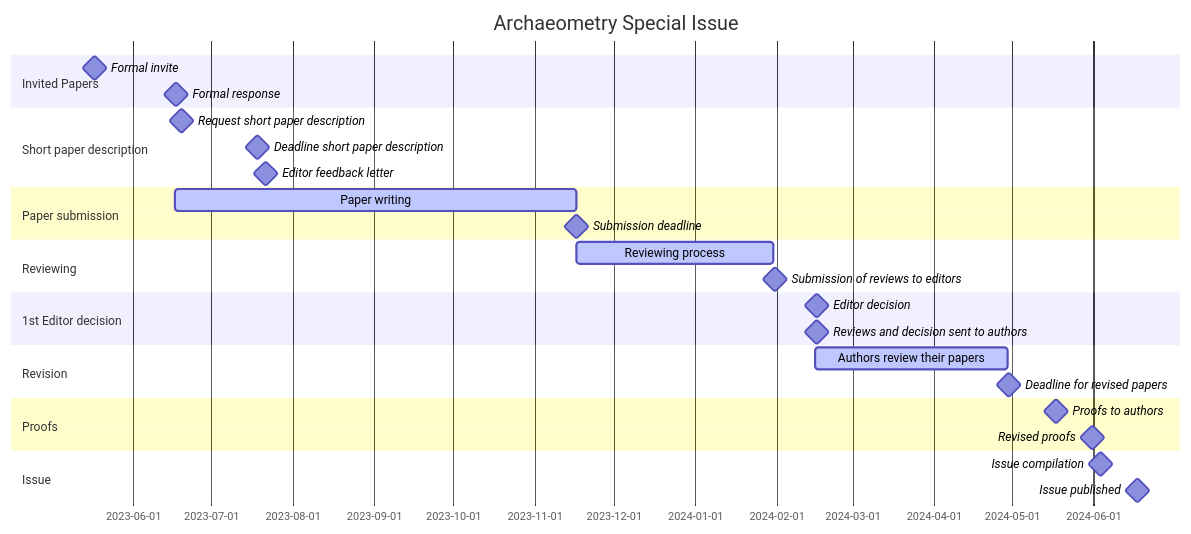
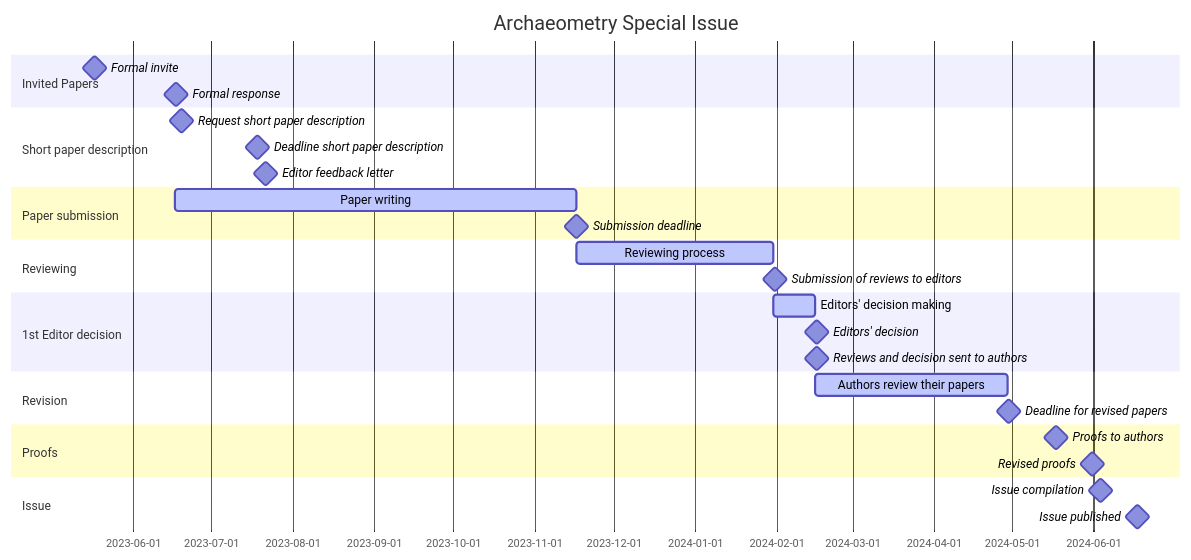
One commit to historical-time/archaeometry-si changed the diagram in README.md. Above: the diagram before and after it, drawn with Mermaid.

````diff
--- a/README.md
+++ b/README.md
@@ -19,31 +19,32 @@
 ```mermaid
 gantt
     title Archaeometry Special Issue
     dateFormat  YYYY-MM-DD
     section Invited Papers
     Formal invite                    : milestone, m0, 2023-05-17, 1d
     Formal response                  : milestone, m0, 2023-06-17, 1d
     section Short paper description
     Request short paper description  : milestone, m0, 2023-06-19, 1d
     Deadline short paper description : milestone, m0, 2023-07-18, 1d
     Editor feedback letter           : milestone, m1, 2023-07-21, 1d
     section Paper submission
     Paper writing                    : active, a0, 2023-06-17, 2023-11-17
     Submission deadline              : milestone, m9, 2023-11-17, 1d %% Soft deadline
     %% Hard deadline                 : milestone, m9, 2023-11-30, 1d %% Hard deadline
     section Reviewing
     Reviewing process                  : active, a1, 2023-11-17, 2024-01-31
     Submission of reviews to editors   : milestone, m1, 2024-01-31, 1d
     section 1st Editor decision
-    Editor decision                     : milestone, m2, 2024-02-16, 1d
+    Editors' decision making              : active, a1, 2024-01-31, 2024-02-16
+    Editors' decision                     : milestone, m2, 2024-02-16, 1d
     Reviews and decision sent to authors: milestone, m2, 2024-02-16, 1d
     section Revision
     Authors review their papers       : active, a1, 2024-02-16, 2024-04-29
     Deadline for revised papers       : milestone, m2, 2024-04-29, 1d
     section Proofs
     Proofs to authors                : milestone, m2, 2024-05-17, 1d
     Revised proofs                   : milestone, m2, 2024-05-31, 1d
     section Issue
     Issue compilation                : milestone, m2, 2024-06-03, 1d
     Issue published                  : milestone, m2, 2024-06-17, 1d
 ```
````
